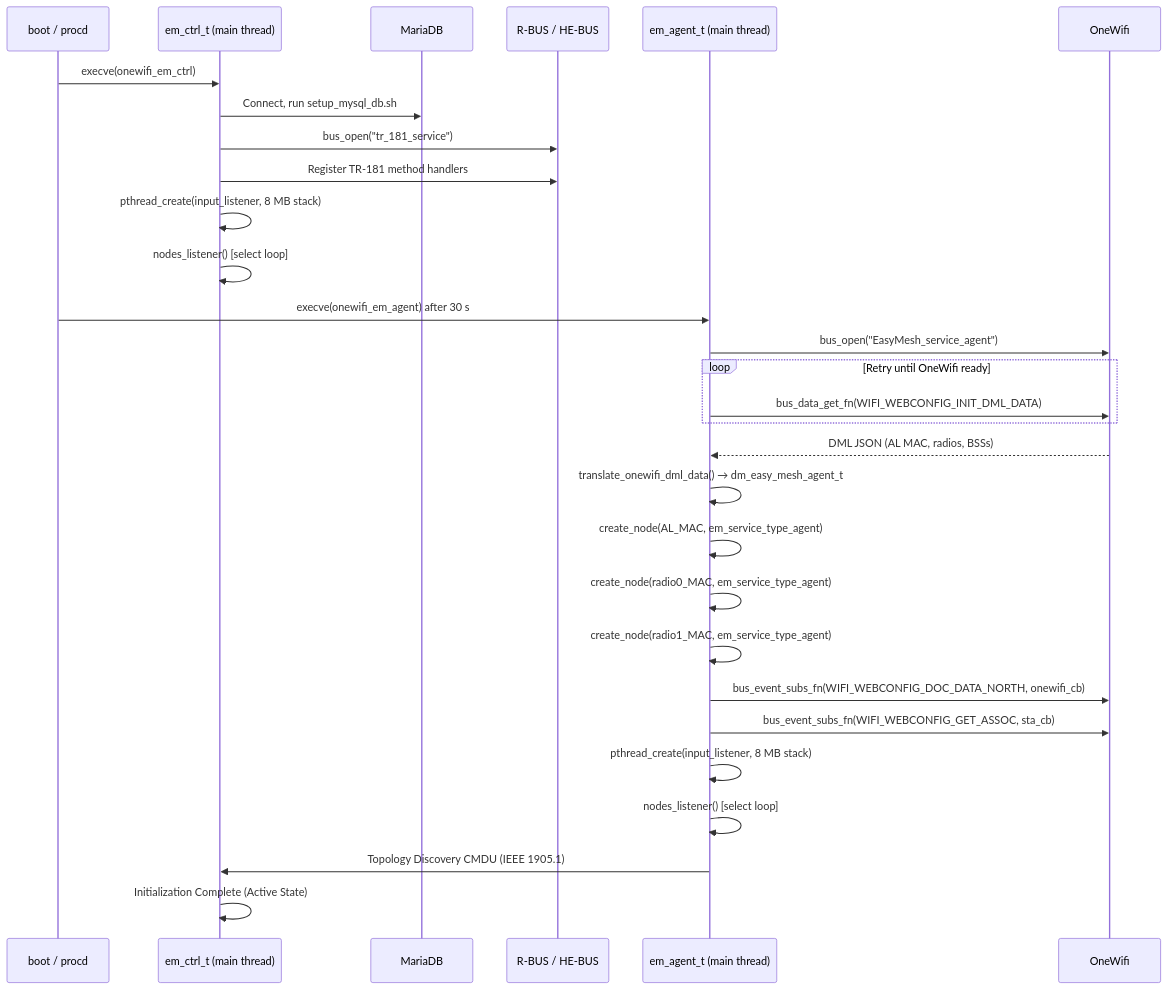
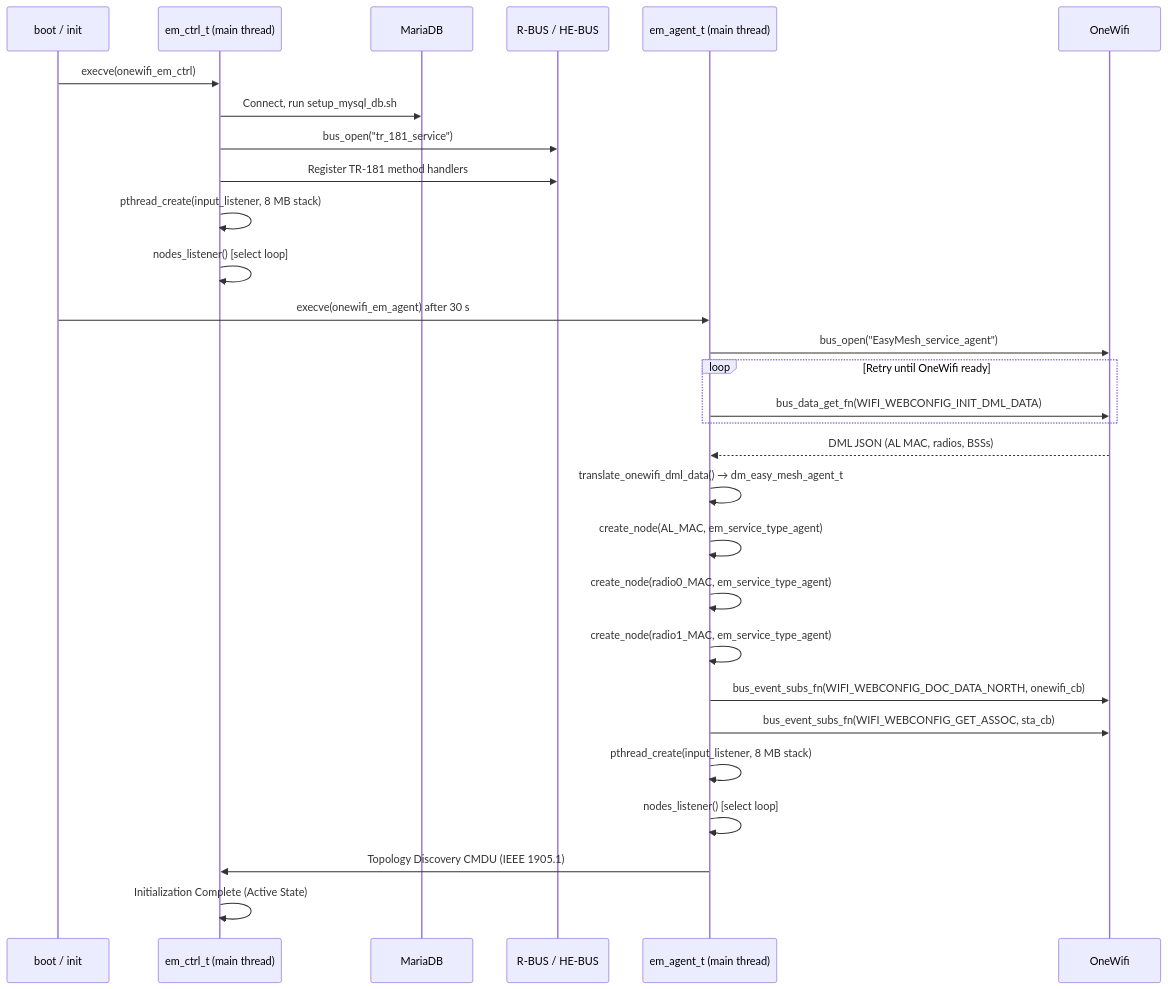
Before and after one commit to rns21/RDK_Documentation: the fourth of 8 diagrams in docs/docu/dec17/unified-wifi-mesh.md, drawn with Mermaid. The commit also changed other lines of this file, not shown here.

````diff
--- a/docs/docu/dec17/unified-wifi-mesh.md
+++ b/docs/docu/dec17/unified-wifi-mesh.md
@@ -256,33 +253,33 @@
 ```mermaid
 sequenceDiagram
-    participant Boot as boot / procd
+    participant Boot as boot / init
     participant Ctrl as em_ctrl_t (main thread)
     participant DB as MariaDB
     participant Bus as R-BUS / HE-BUS
     participant Agent as em_agent_t (main thread)
     participant OW as OneWifi
 
     Boot->>Ctrl: execve(onewifi_em_ctrl)
     Ctrl->>DB: Connect, run setup_mysql_db.sh
     Ctrl->>Bus: bus_open("tr_181_service")
     Ctrl->>Bus: Register TR-181 method handlers
     Ctrl->>Ctrl: pthread_create(input_listener, 8 MB stack)
     Ctrl->>Ctrl: nodes_listener() [select loop]
 
     Boot->>Agent: execve(onewifi_em_agent) after 30 s
     Agent->>OW: bus_open("EasyMesh_service_agent")
     loop Retry until OneWifi ready
         Agent->>OW: bus_data_get_fn(WIFI_WEBCONFIG_INIT_DML_DATA)
     end
     OW-->>Agent: DML JSON (AL MAC, radios, BSSs)
     Agent->>Agent: translate_onewifi_dml_data() → dm_easy_mesh_agent_t
     Agent->>Agent: create_node(AL_MAC, em_service_type_agent)
     Agent->>Agent: create_node(radio0_MAC, em_service_type_agent)
     Agent->>Agent: create_node(radio1_MAC, em_service_type_agent)
     Agent->>OW: bus_event_subs_fn(WIFI_WEBCONFIG_DOC_DATA_NORTH, onewifi_cb)
     Agent->>OW: bus_event_subs_fn(WIFI_WEBCONFIG_GET_ASSOC, sta_cb)
     Agent->>Agent: pthread_create(input_listener, 8 MB stack)
     Agent->>Agent: nodes_listener() [select loop]
     Agent->>Ctrl: Topology Discovery CMDU (IEEE 1905.1)
     Ctrl->>Ctrl: Initialization Complete (Active State)
 ```
````
